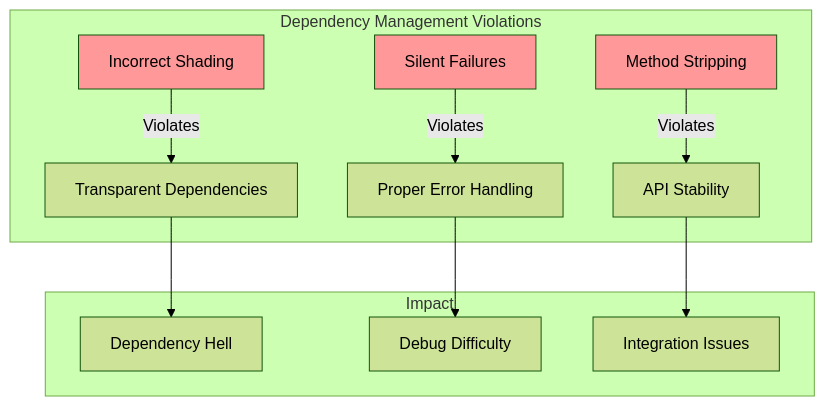
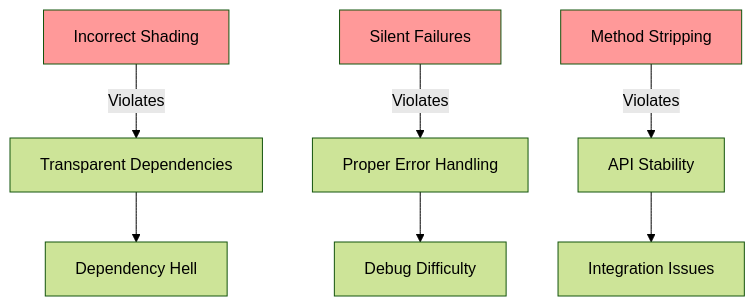
Before and after one commit to filiksyos/androidtodo: the seventh of 8 diagrams in README.md, drawn with Mermaid (forest theme). The commit also changed other lines of this file, not shown here.

````diff
--- a/README.md
+++ b/README.md
@@ -554,18 +552,14 @@
 ```mermaid
-graph TD
-    subgraph "Dependency Management Violations"
-        A[Incorrect Shading] -->|Violates| B[Transparent Dependencies]
-        C[Silent Failures] -->|Violates| D[Proper Error Handling]
-        E[Method Stripping] -->|Violates| F[API Stability]
-    end
-
-    subgraph "Impact"
-        B --> G[Dependency Hell]
-        D --> H[Debug Difficulty]
-        F --> I[Integration Issues]
-    end
+flowchart TD
+    A[Incorrect Shading] -->|Violates| B[Transparent Dependencies]
+    C[Silent Failures] -->|Violates| D[Proper Error Handling]
+    E[Method Stripping] -->|Violates| F[API Stability]
+    
+    B --> G[Dependency Hell]
+    D --> H[Debug Difficulty]
+    F --> I[Integration Issues]
 
     style A fill:#ff9999
     style C fill:#ff9999
     style E fill:#ff9999
 ```
````
